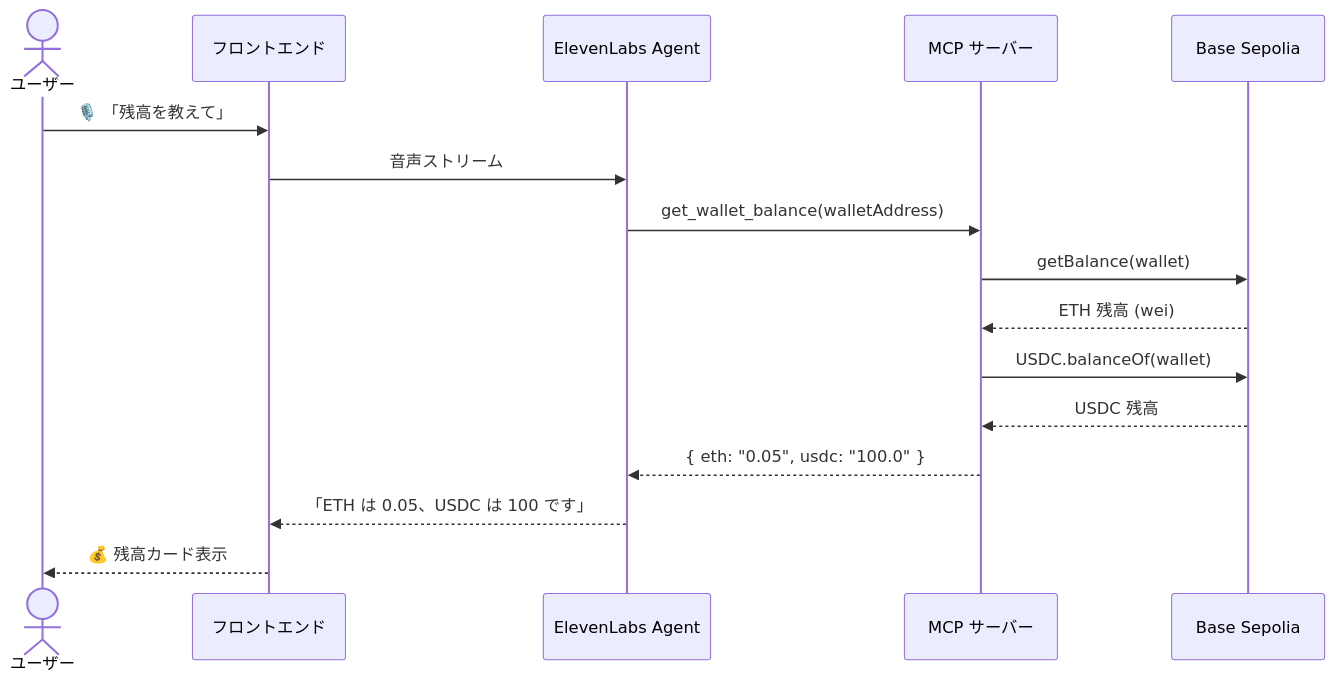
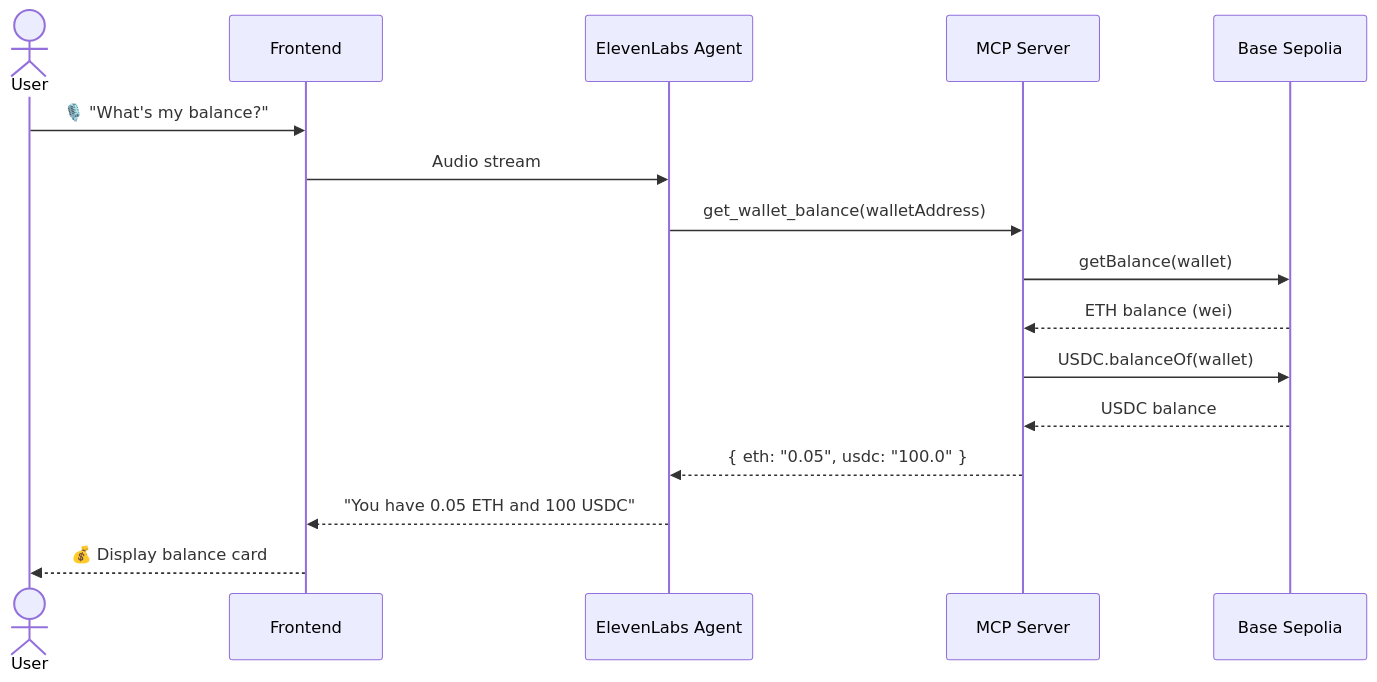
Before and after one commit to mashharuki/Mistral-Worldwide-Hackathon: the third of 5 diagrams in README.md, drawn with Mermaid. The commit also changed other lines of this file and 3 other files, not shown here.

````diff
--- a/README.md
+++ b/README.md
@@ -170,19 +170,19 @@
 ```mermaid
 sequenceDiagram
-    actor User as ユーザー
-    participant FE as フロントエンド
+    actor User as User
+    participant FE as Frontend
     participant Agent as ElevenLabs Agent
-    participant MCP as MCP サーバー
+    participant MCP as MCP Server
     participant Chain as Base Sepolia
 
-    User->>FE: 🎙️ 「残高を教えて」
-    FE->>Agent: 音声ストリーム
+    User->>FE: 🎙️ "What's my balance?"
+    FE->>Agent: Audio stream
     Agent->>MCP: get_wallet_balance(walletAddress)
     MCP->>Chain: getBalance(wallet)
-    Chain-->>MCP: ETH 残高 (wei)
+    Chain-->>MCP: ETH balance (wei)
     MCP->>Chain: USDC.balanceOf(wallet)
-    Chain-->>MCP: USDC 残高
+    Chain-->>MCP: USDC balance
     MCP-->>Agent: { eth: "0.05", usdc: "100.0" }
-    Agent-->>FE: 「ETH は 0.05、USDC は 100 です」
-    FE-->>User: 💰 残高カード表示
+    Agent-->>FE: "You have 0.05 ETH and 100 USDC"
+    FE-->>User: 💰 Display balance card
 ```
````
